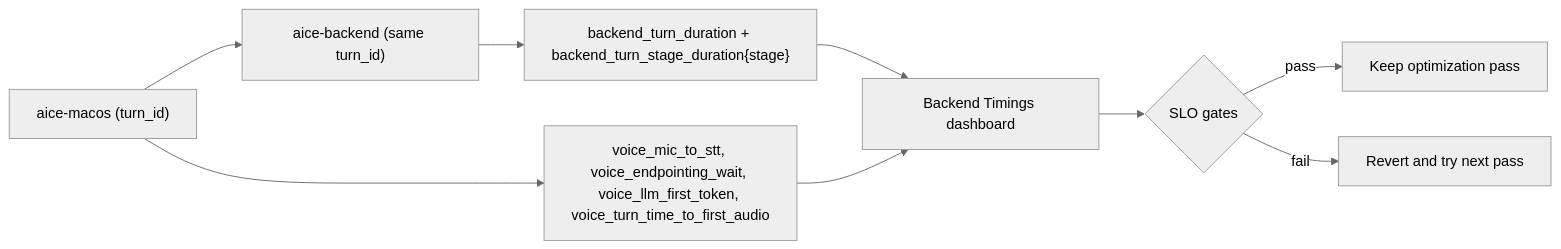
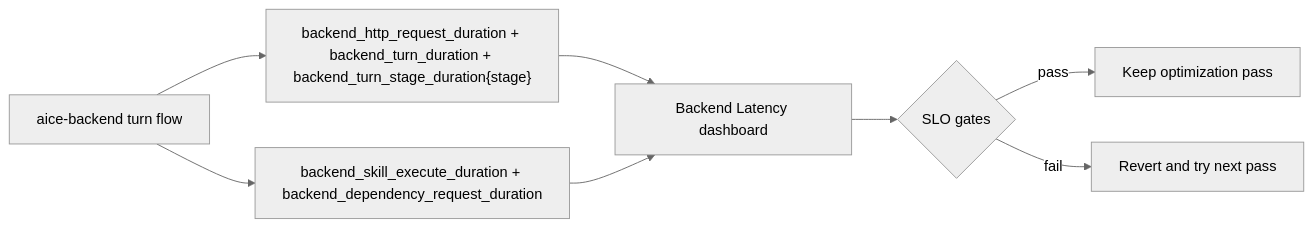
One commit to AncientiCe/aice changed diagram 15 of 16 in docs/architecture/README.md. Above: the diagram before and after it, drawn with Mermaid (neutral theme). The commit also changed other lines of this file and 30 other files, not shown here.

Commit message:
Separate concerns, add discovery and reiterate on metrics and dashboards only for backend

````diff
--- a/docs/architecture/README.md
+++ b/docs/architecture/README.md
@@ -478,11 +479,10 @@
 ```mermaid
 flowchart LR
-    Mac["aice-macos (turn_id)"] --> Backend["aice-backend (same turn_id)"]
-    Mac --> MacMetrics["voice_mic_to_stt, voice_endpointing_wait, voice_llm_first_token, voice_turn_time_to_first_audio"]
-    Backend --> BackendMetrics["backend_turn_duration + backend_turn_stage_duration{stage}"]
-    BackendMetrics --> Grafana["Backend Timings dashboard"]
-    MacMetrics --> Grafana
+    Backend["aice-backend turn flow"] --> BackendMetrics["backend_http_request_duration + backend_turn_duration + backend_turn_stage_duration{stage}"]
+    Backend --> SkillMetrics["backend_skill_execute_duration + backend_dependency_request_duration"]
+    BackendMetrics --> Grafana["Backend Latency dashboard"]
+    SkillMetrics --> Grafana
     Grafana --> Gate{"SLO gates"}
     Gate -->|pass| Keep["Keep optimization pass"]
     Gate -->|fail| Revert["Revert and try next pass"]
 ```
````
